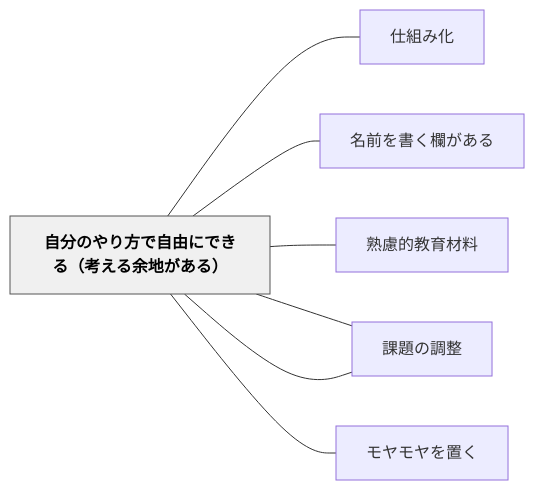
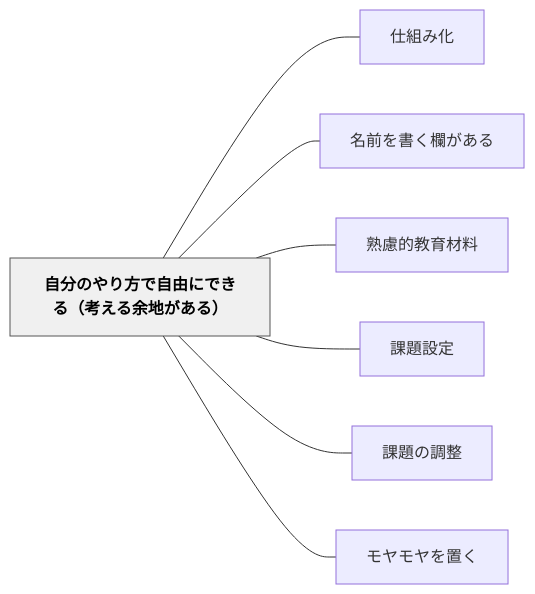
Before and after one commit to unknownthings-ed-patterns/unknownthings-ed-patterns: the diagram in content/パタン/自分のやり方で自由にできる（考える余地がある）.md, drawn with Mermaid. The commit also changed 527 other files, not shown here.

````diff
--- a/content/パタン/自分のやり方で自由にできる（考える余地がある）.md
+++ b/content/パタン/自分のやり方で自由にできる（考える余地がある）.md
@@ -47,20 +47,20 @@
 ```mermaid
 flowchart LR
-    ne887aae58886["自分のやり方で自由にできる（考える余地がある）"]
-    ne4bb95e7b584["仕組み化"]
-    ne5908de5898d["名前を書く欄がある"]
-    ne7869fe685ae["熟慮的教育材料"]
-    ne8aab2e9a18c["課題設定"]
-    ne8aab2e9a18c["課題の調整"]
-    ne383a2e383a4["モヤモヤを置く"]
+    ne887aae58886e381aee38284e3828ae696b9e381a7e887aae794b1e381abe381a7e3818de3828befbc88e88083e38188e3828be4bd99e59cb0e3818ce38182e3828befbc89["自分のやり方で自由にできる（考える余地がある）"]
+    ne4bb95e7b584e381bfe58c96["仕組み化"]
+    ne5908de5898de38292e69bb8e3818fe6ac84e3818ce38182e3828b["名前を書く欄がある"]
+    ne7869fe685aee79a84e69599e882b2e69d90e69699["熟慮的教育材料"]
+    ne8aab2e9a18ce8a8ade5ae9a["課題設定"]
+    ne8aab2e9a18ce381aee8aabfe695b4["課題の調整"]
+    ne383a2e383a4e383a2e383a4e38292e7bdaee3818f["モヤモヤを置く"]
 
-    ne887aae58886 --- ne4bb95e7b584
-    ne887aae58886 --- ne5908de5898d
-    ne887aae58886 --- ne7869fe685ae
-    ne887aae58886 --- ne8aab2e9a18c
-    ne887aae58886 --- ne8aab2e9a18c
-    ne887aae58886 --- ne383a2e383a4
+    ne887aae58886e381aee38284e3828ae696b9e381a7e887aae794b1e381abe381a7e3818de3828befbc88e88083e38188e3828be4bd99e59cb0e3818ce38182e3828befbc89 --- ne4bb95e7b584e381bfe58c96
+    ne887aae58886e381aee38284e3828ae696b9e381a7e887aae794b1e381abe381a7e3818de3828befbc88e88083e38188e3828be4bd99e59cb0e3818ce38182e3828befbc89 --- ne5908de5898de38292e69bb8e3818fe6ac84e3818ce38182e3828b
+    ne887aae58886e381aee38284e3828ae696b9e381a7e887aae794b1e381abe381a7e3818de3828befbc88e88083e38188e3828be4bd99e59cb0e3818ce38182e3828befbc89 --- ne7869fe685aee79a84e69599e882b2e69d90e69699
+    ne887aae58886e381aee38284e3828ae696b9e381a7e887aae794b1e381abe381a7e3818de3828befbc88e88083e38188e3828be4bd99e59cb0e3818ce38182e3828befbc89 --- ne8aab2e9a18ce8a8ade5ae9a
+    ne887aae58886e381aee38284e3828ae696b9e381a7e887aae794b1e381abe381a7e3818de3828befbc88e88083e38188e3828be4bd99e59cb0e3818ce38182e3828befbc89 --- ne8aab2e9a18ce381aee8aabfe695b4
+    ne887aae58886e381aee38284e3828ae696b9e381a7e887aae794b1e381abe381a7e3818de3828befbc88e88083e38188e3828be4bd99e59cb0e3818ce38182e3828befbc89 --- ne383a2e383a4e383a2e383a4e38292e7bdaee3818f
 
     classDef hub fill:#f0f0f0,stroke:#555,color:#000,font-weight:bold
-    class ne887aae58886 hub
+    class ne887aae58886e381aee38284e3828ae696b9e381a7e887aae794b1e381abe381a7e3818de3828befbc88e88083e38188e3828be4bd99e59cb0e3818ce38182e3828befbc89 hub
 ```
````
